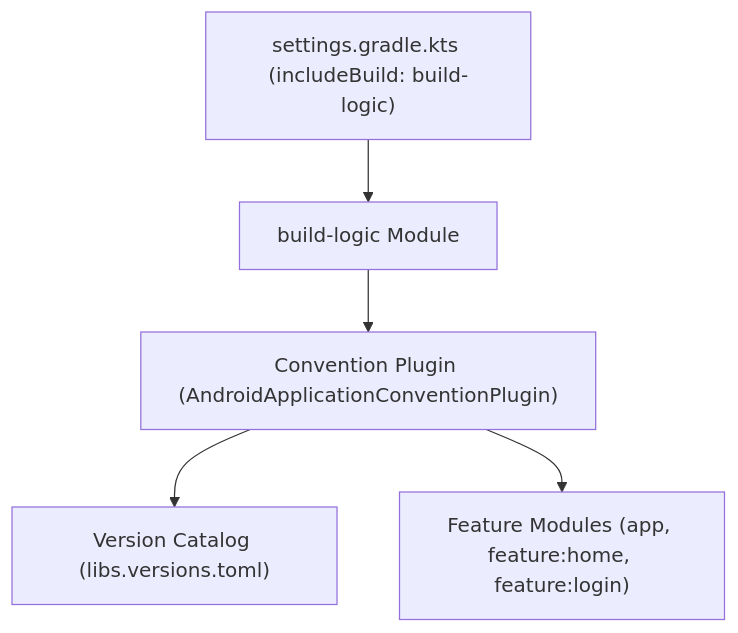
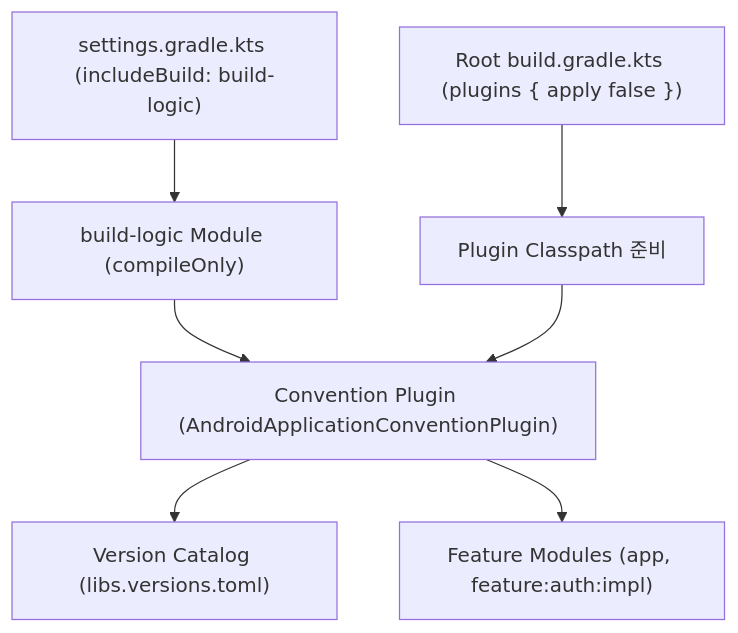
Before and after one commit to youngmin-gwon/what-i-studied: the diagram in 01_inbox/mobile/android/03_packaging_deployment/build/gradle/gradle-build/convention-plugins-centralize-shared-gradle-configuration-in-build-logic.md, drawn with Mermaid. The commit also changed other lines of this file and 8 other files, not shown here.

````diff
--- a/01_inbox/mobile/android/03_packaging_deployment/build/gradle/gradle-build/convention-plugins-centralize-shared-gradle-configuration-in-build-logic.md
+++ b/01_inbox/mobile/android/03_packaging_deployment/build/gradle/gradle-build/convention-plugins-centralize-shared-gradle-configuration-in-build-logic.md
@@ -25,7 +28,9 @@
 ```mermaid
 flowchart TD
-    Settings["settings.gradle.kts (includeBuild: build-logic)"] --> BuildLogic["build-logic Module"]
+    Settings["settings.gradle.kts (includeBuild: build-logic)"] --> BuildLogic["build-logic Module (compileOnly)"]
+    RootBuild["Root build.gradle.kts (plugins { apply false })"] --> Classpath["Plugin Classpath 준비"]
     BuildLogic --> ConvPlugin["Convention Plugin (AndroidApplicationConventionPlugin)"]
+    Classpath --> ConvPlugin
     ConvPlugin --> VersionCatalog["Version Catalog (libs.versions.toml)"]
-    ConvPlugin --> FeatureModule["Feature Modules (app, feature:home, feature:login)"]
+    ConvPlugin --> FeatureModule["Feature Modules (app, feature:auth:impl)"]
 ```
````
